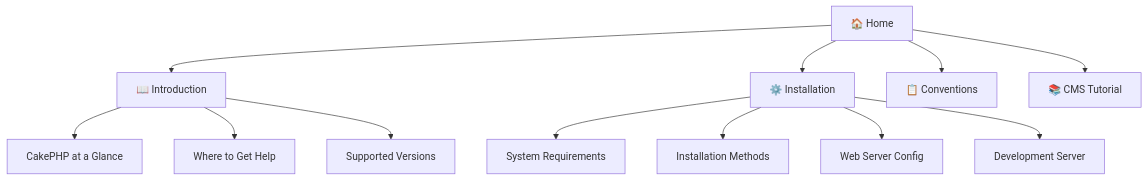
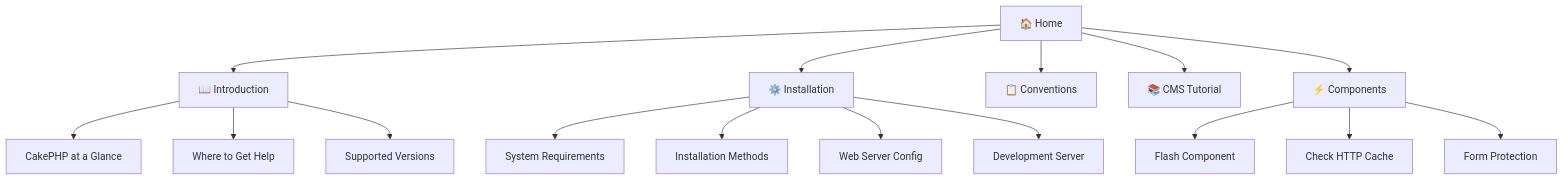
Before and after one commit to abhayraj-ops/Cake-Learn: the first of 2 diagrams in docs/index.md, drawn with Mermaid. The commit also changed other lines of this file and 2 other files, not shown here.

Commit message:
Add new page: Controller Components (page 5)

````diff
--- a/docs/index.md
+++ b/docs/index.md
@@ -19,16 +19,21 @@
 ```mermaid
 graph TB
     A[🏠 Home] --> B[📖 Introduction]
     A --> C[⚙️ Installation]
     A --> D[📋 Conventions]
     A --> E[📚 CMS Tutorial]
+    A --> F[⚡ Components]
 
     B --> B1[CakePHP at a Glance]
     B --> B2[Where to Get Help]
     B --> B3[Supported Versions]
 
     C --> C1[System Requirements]
     C --> C2[Installation Methods]
     C --> C3[Web Server Config]
     C --> C4[Development Server]
+
+    F --> F1[Flash Component]
+    F --> F2[Check HTTP Cache]
+    F --> F3[Form Protection]
 ```
````
